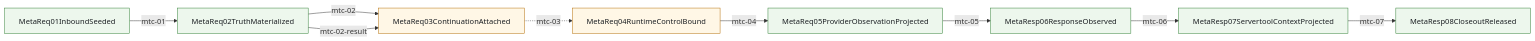
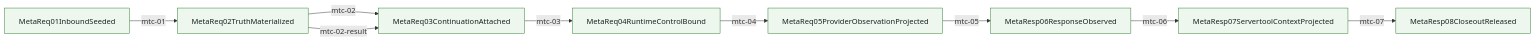
Before and after one commit to Jasonzhangf/routecodex: diagram 11 of 11 in docs/architecture/wiki/mainline-call-graph.md, drawn with Mermaid. The commit also changed other lines of this file and 7 other files, not shown here.

````diff
--- a/docs/architecture/wiki/mainline-call-graph.md
+++ b/docs/architecture/wiki/mainline-call-graph.md
@@ -414,30 +448,30 @@
 ```mermaid
 flowchart LR
   MetaResp08CloseoutReleased["MetaResp08CloseoutReleased"]
   MetaResp07ServertoolContextProjected["MetaResp07ServertoolContextProjected"]
   MetaResp06ResponseObserved["MetaResp06ResponseObserved"]
   MetaReq05ProviderObservationProjected["MetaReq05ProviderObservationProjected"]
   MetaReq04RuntimeControlBound["MetaReq04RuntimeControlBound"]
   MetaReq03ContinuationAttached["MetaReq03ContinuationAttached"]
   MetaReq02TruthMaterialized["MetaReq02TruthMaterialized"]
   MetaReq01InboundSeeded["MetaReq01InboundSeeded"]
   MetaReq01InboundSeeded -->|mtc-01| MetaReq02TruthMaterialized
   MetaReq02TruthMaterialized -->|mtc-02| MetaReq03ContinuationAttached
   MetaReq02TruthMaterialized -->|mtc-02-result| MetaReq03ContinuationAttached
-  MetaReq03ContinuationAttached -.->|mtc-03| MetaReq04RuntimeControlBound
+  MetaReq03ContinuationAttached -->|mtc-03| MetaReq04RuntimeControlBound
   MetaReq04RuntimeControlBound -->|mtc-04| MetaReq05ProviderObservationProjected
   MetaReq05ProviderObservationProjected -->|mtc-05| MetaResp06ResponseObserved
   MetaResp06ResponseObserved -->|mtc-06| MetaResp07ServertoolContextProjected
   MetaResp07ServertoolContextProjected -->|mtc-07| MetaResp08CloseoutReleased
   classDef anchored fill:#edf7ed,stroke:#2e7d32,stroke-width:1px,color:#1b1f23;
   classDef partial fill:#fff7e6,stroke:#b26a00,stroke-width:1px,color:#1b1f23;
   classDef pending fill:#f4f4f5,stroke:#6b7280,stroke-width:1px,stroke-dasharray: 5 5,color:#1b1f23;
   class MetaReq01InboundSeeded anchored;
   class MetaReq02TruthMaterialized anchored;
-  class MetaReq03ContinuationAttached partial;
-  class MetaReq04RuntimeControlBound partial;
+  class MetaReq03ContinuationAttached anchored;
+  class MetaReq04RuntimeControlBound anchored;
   class MetaReq05ProviderObservationProjected anchored;
   class MetaResp06ResponseObserved anchored;
   class MetaResp07ServertoolContextProjected anchored;
   class MetaResp08CloseoutReleased anchored;
 ```
````
